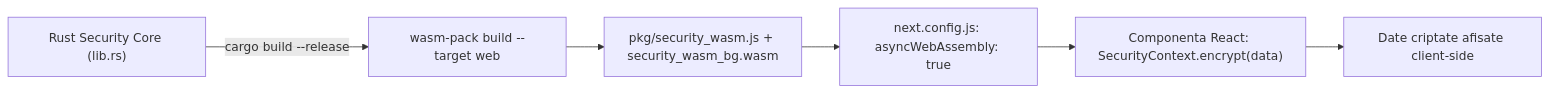
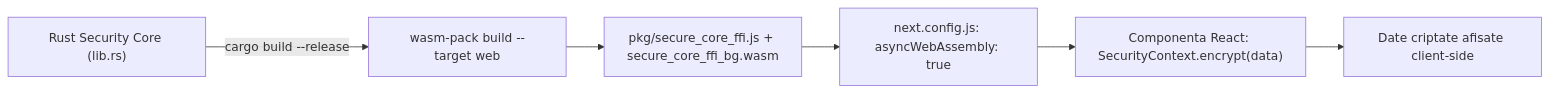
One commit to Ciprian-LocalPulse/secure-core-ffi changed the diagram in bindings/wasm-nextjs/README.ro.md. Above: the diagram before and after it, drawn with Mermaid. The commit also changed other lines of this file and 6 other files, not shown here.

````diff
--- a/bindings/wasm-nextjs/README.ro.md
+++ b/bindings/wasm-nextjs/README.ro.md
@@ -68,8 +68,8 @@
 ```mermaid
 flowchart LR
     A["Rust Security Core (lib.rs)"] -->|"cargo build --release"| B["wasm-pack build --target web"]
-    B --> C["pkg/security_wasm.js + security_wasm_bg.wasm"]
+    B --> C["pkg/secure_core_ffi.js + secure_core_ffi_bg.wasm"]
     C --> D["next.config.js: asyncWebAssembly: true"]
     D --> E["Componenta React: SecurityContext.encrypt(data)"]
     E --> F["Date criptate afisate client-side"]
 ```
````
